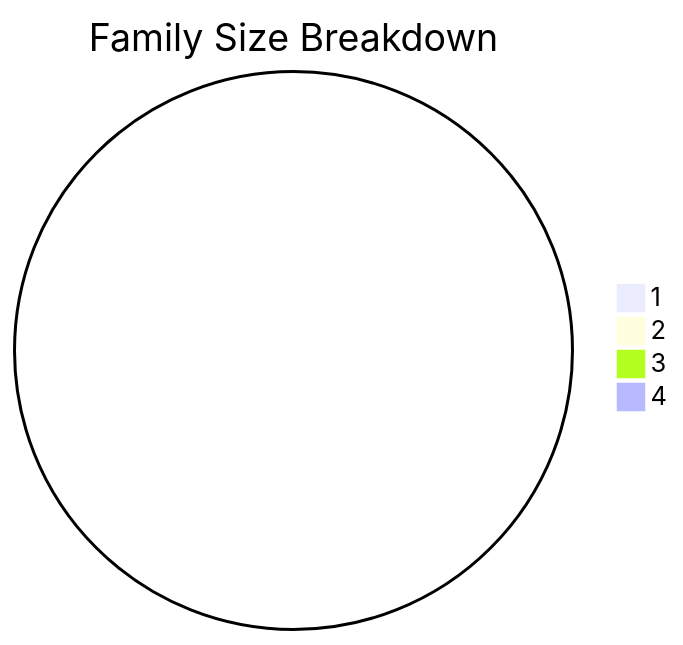
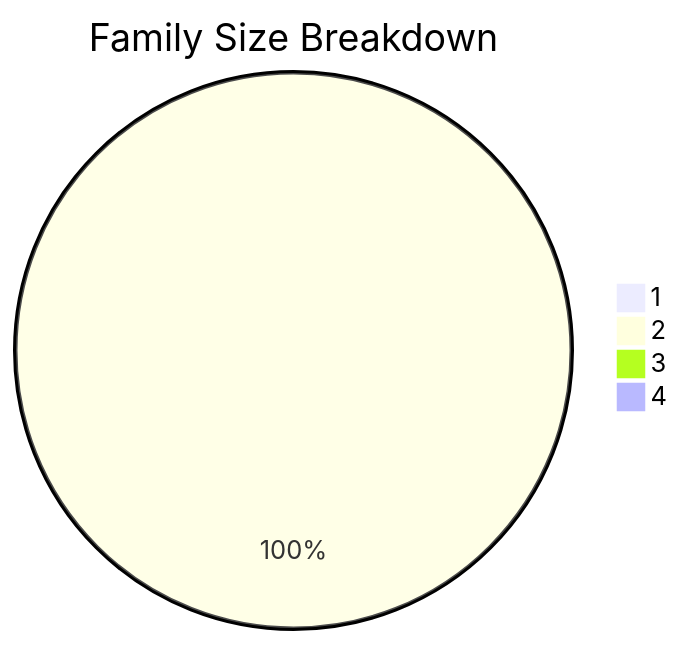
The sixth of 10 diagrams in test-tools/DataGen/src/Statistics_Visualizer.md (dhagan-va/intern-2025), drawn with Mermaid before and after one commit. The commit also changed other lines of this file and 4 other files, not shown here.

````diff
--- a/test-tools/DataGen/src/Statistics_Visualizer.md
+++ b/test-tools/DataGen/src/Statistics_Visualizer.md
@@ -67,7 +67,7 @@
 ```mermaid
 pie title Family Size Breakdown
     "1" : 0
-    "2" : 0
+    "2" : 1
     "3" : 0
     "4" : 0
 ```
````
